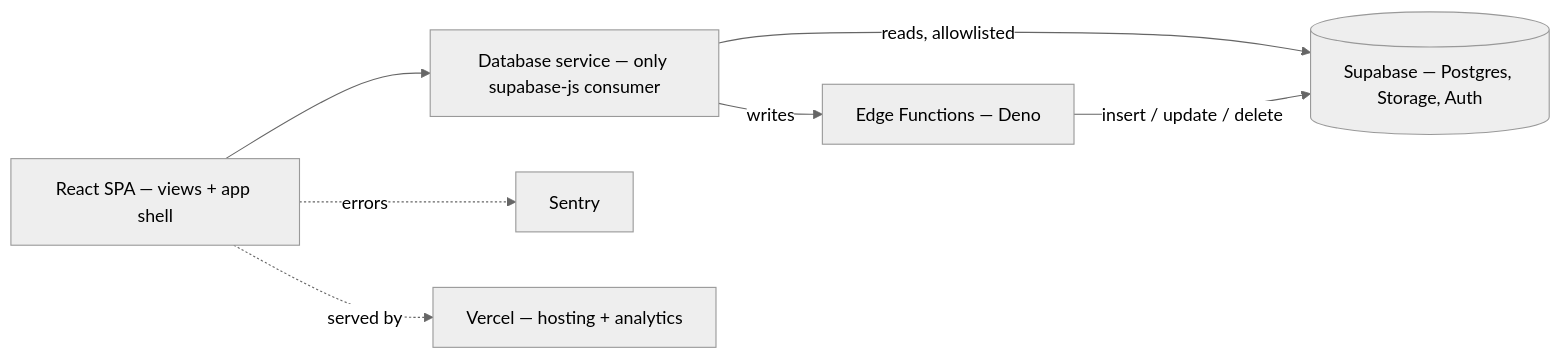
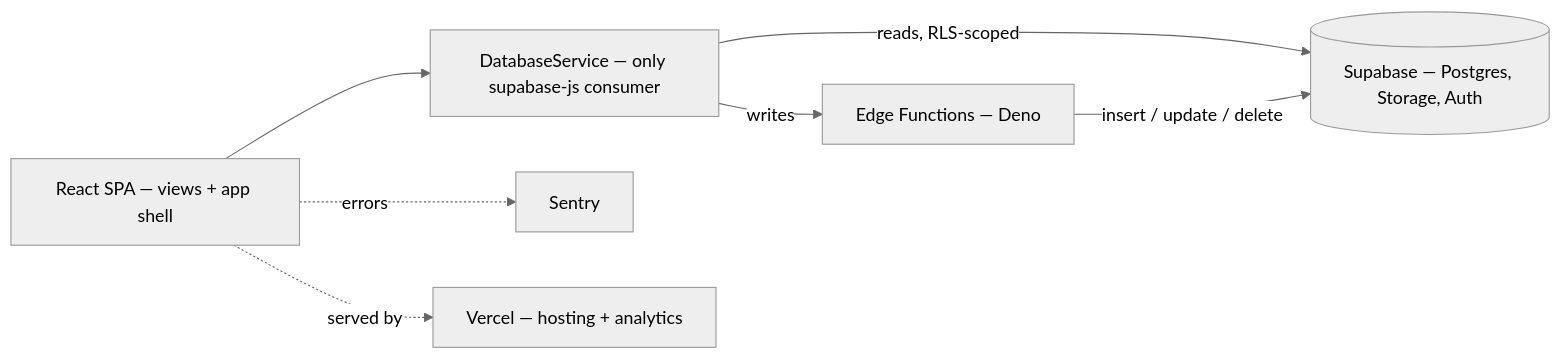
Before and after one commit to bradley-t-t/smyrnatools-com: the diagram in README.md, drawn with Mermaid (neutral theme). The commit also changed other lines of this file and 1 other file, not shown here.

````diff
--- a/README.md
+++ b/README.md
@@ -70,16 +102,16 @@
 ```mermaid
 flowchart LR
   V["React SPA — views + app shell"]
-  D["Database service — only supabase-js consumer"]
+  D["DatabaseService — only supabase-js consumer"]
   EF["Edge Functions — Deno"]
   DB[("Supabase — Postgres, Storage, Auth")]
   SEN["Sentry"]
   VER["Vercel — hosting + analytics"]
 
   V --> D
-  D -->|reads, allowlisted| DB
+  D -->|reads, RLS-scoped| DB
   D -->|writes| EF
   EF -->|insert / update / delete| DB
   V -.errors.-> SEN
   V -.served by.-> VER
 ```
````
